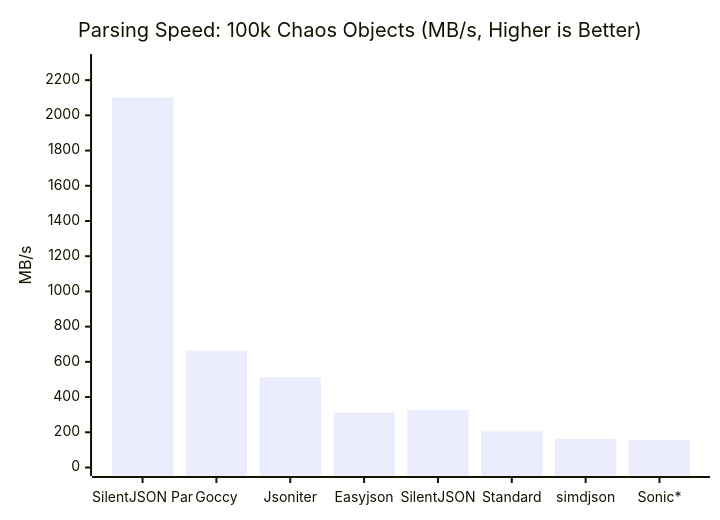
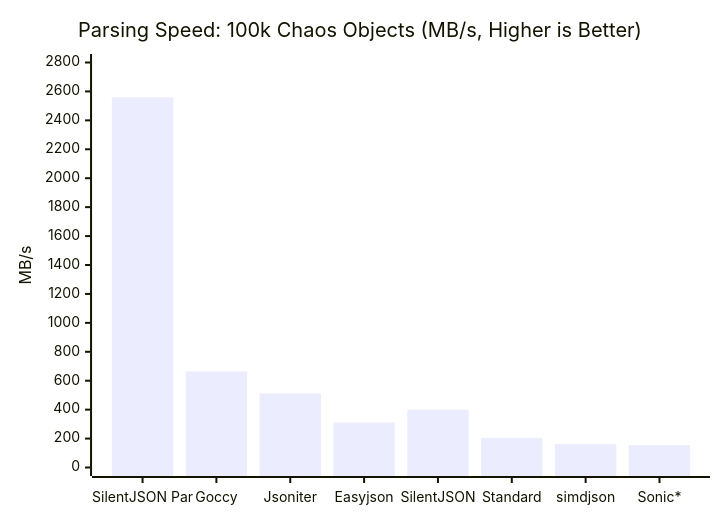
One commit to GenshIv/silentjson changed the first of 5 diagrams in README.md. Above: the diagram before and after it, drawn with Mermaid. The commit also changed other lines of this file, not shown here.

Commit message:
docs: update benchmark results with decodeKeyIntoBuf optimization

````diff
--- a/README.md
+++ b/README.md
@@ -84,7 +84,7 @@
 ```mermaid
 xychart-beta
     title "Parsing Speed: 100k Chaos Objects (MB/s, Higher is Better)"
     x-axis ["SilentJSON Par", "Goccy", "Jsoniter", "Easyjson", "SilentJSON", "Standard", "simdjson", "Sonic*"]
-    y-axis "MB/s" 0 --> 2300
-    bar [2101, 664, 512, 311, 327, 205, 162, 155]
+    y-axis "MB/s" 0 --> 2800
+    bar [2559, 664, 512, 311, 399, 205, 162, 155]
 ```
````
